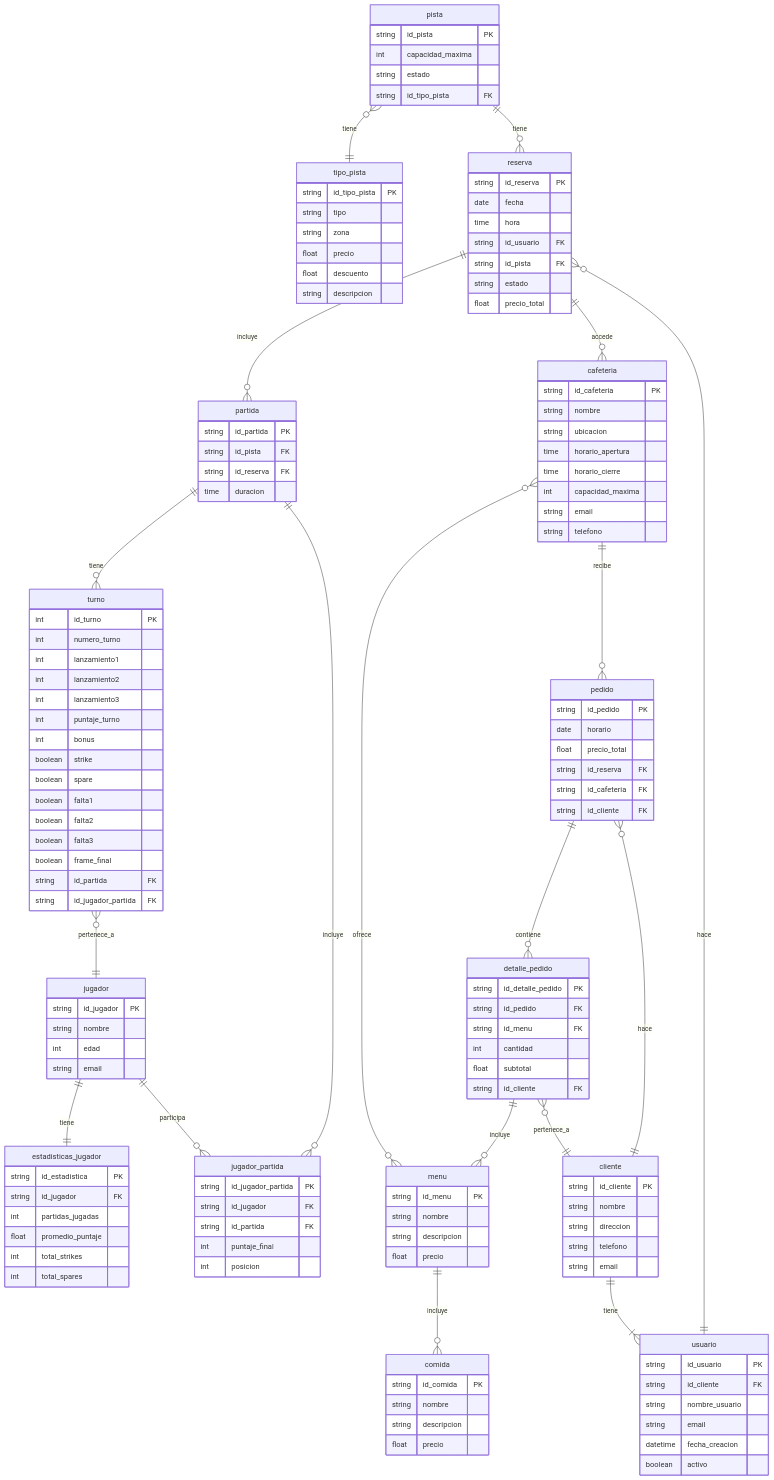
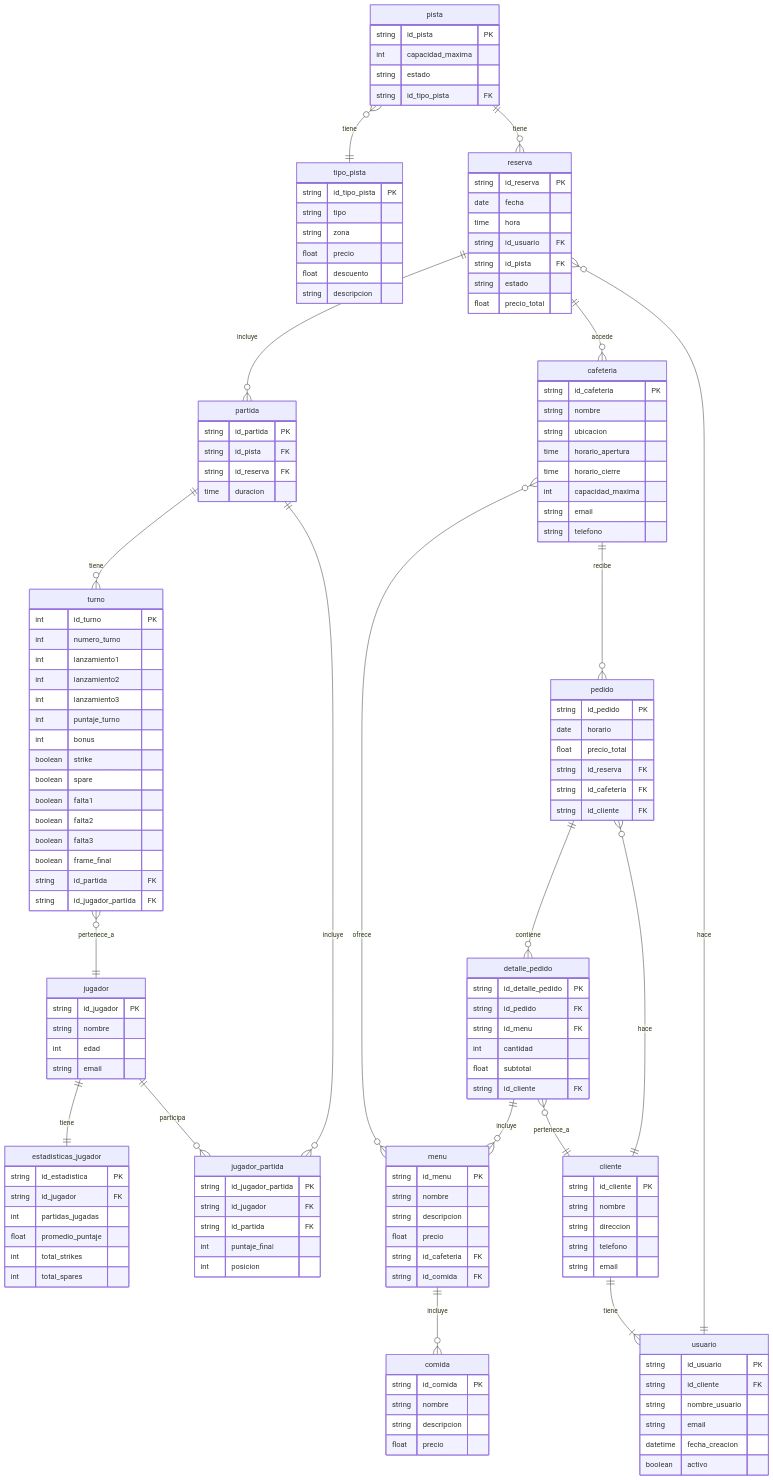
The diagram in docs/centro_bowling.mermaid (Villada-PG3/trabajo-practico-integrador-centro-bowling), drawn with Mermaid before and after one commit.

Commit message:
adhiero comida al mermaid

```diff
--- a/docs/centro_bowling.mermaid
+++ b/docs/centro_bowling.mermaid
@@ -1,154 +1,156 @@
 erDiagram
     jugador ||--|| estadisticas_jugador : tiene
     pista }o--|| tipo_pista : tiene
     pista ||--o{ reserva : tiene
     usuario ||--o{ reserva : hace
     reserva ||--o{ partida : incluye
     partida ||--o{ turno : tiene
     turno }o--|| jugador : pertenece_a
     reserva ||--o{ cafeteria : accede
     cafeteria }o--o{ menu : ofrece
     cafeteria ||--o{ pedido : recibe
     jugador ||--o{ jugador_partida : participa
     partida ||--o{ jugador_partida : incluye
     pedido ||--o{ detalle_pedido : contiene
     cliente ||--|{ usuario : tiene
     cliente ||--o{ pedido : hace
     detalle_pedido ||--o{ menu : incluye    
     detalle_pedido }o--|| cliente : pertenece_a
     menu ||--o{ comida : incluye
 
     estadisticas_jugador {
         string id_estadistica PK
         string id_jugador FK
         int partidas_jugadas
         float promedio_puntaje
         int total_strikes
         int total_spares
     }
 
     usuario {
         string id_usuario PK
         string id_cliente FK
         string nombre_usuario
         string email
         datetime fecha_creacion
         boolean activo
     }
 
     pista {
         string id_pista PK
         int capacidad_maxima
         string estado
         string id_tipo_pista FK
     }
 
     tipo_pista {
         string id_tipo_pista PK
         string tipo
         string zona
         float precio
         float descuento
         string descripcion
     }
 
     cafeteria {
         string id_cafeteria PK
         string nombre
         string ubicacion
         time horario_apertura
         time horario_cierre
         int capacidad_maxima
         string email
         string telefono
     }
 
     menu {
         string id_menu PK
         string nombre
         string descripcion
         float precio
+        string id_cafeteria FK
+        string id_comida FK
     }
 
     comida {
         string id_comida PK
         string nombre
         string descripcion
         float precio
     }
 
     pedido {
         string id_pedido PK
         date horario
         float precio_total
         string id_reserva FK
         string id_cafeteria FK
         string id_cliente FK
     }
 
     detalle_pedido {
         string id_detalle_pedido PK
         string id_pedido FK
         string id_menu FK
         int cantidad
         float subtotal
         string id_cliente FK
     }
 
     cliente {
         string id_cliente PK
         string nombre
         string direccion
         string telefono
         string email
     }
 
     reserva {
         string id_reserva PK
         date fecha
         time hora
         string id_usuario FK
         string id_pista FK
         string estado
         float precio_total
     }
 
     partida {
         string id_partida PK
         string id_pista FK
         string id_reserva FK
         time duracion
     }
 
     jugador {
         string id_jugador PK
         string nombre
         int edad
         string email
     }    
 
     jugador_partida {
         string id_jugador_partida PK
         string id_jugador FK
         string id_partida FK
         int puntaje_final
         int posicion
     }
 
     turno {
         int id_turno PK
         int numero_turno
         int lanzamiento1
         int lanzamiento2
         int lanzamiento3         
         int puntaje_turno
         int bonus
         boolean strike
         boolean spare
         boolean falta1
         boolean falta2
         boolean falta3      
         boolean frame_final
         string id_partida FK
         string id_jugador_partida FK
     }
```
